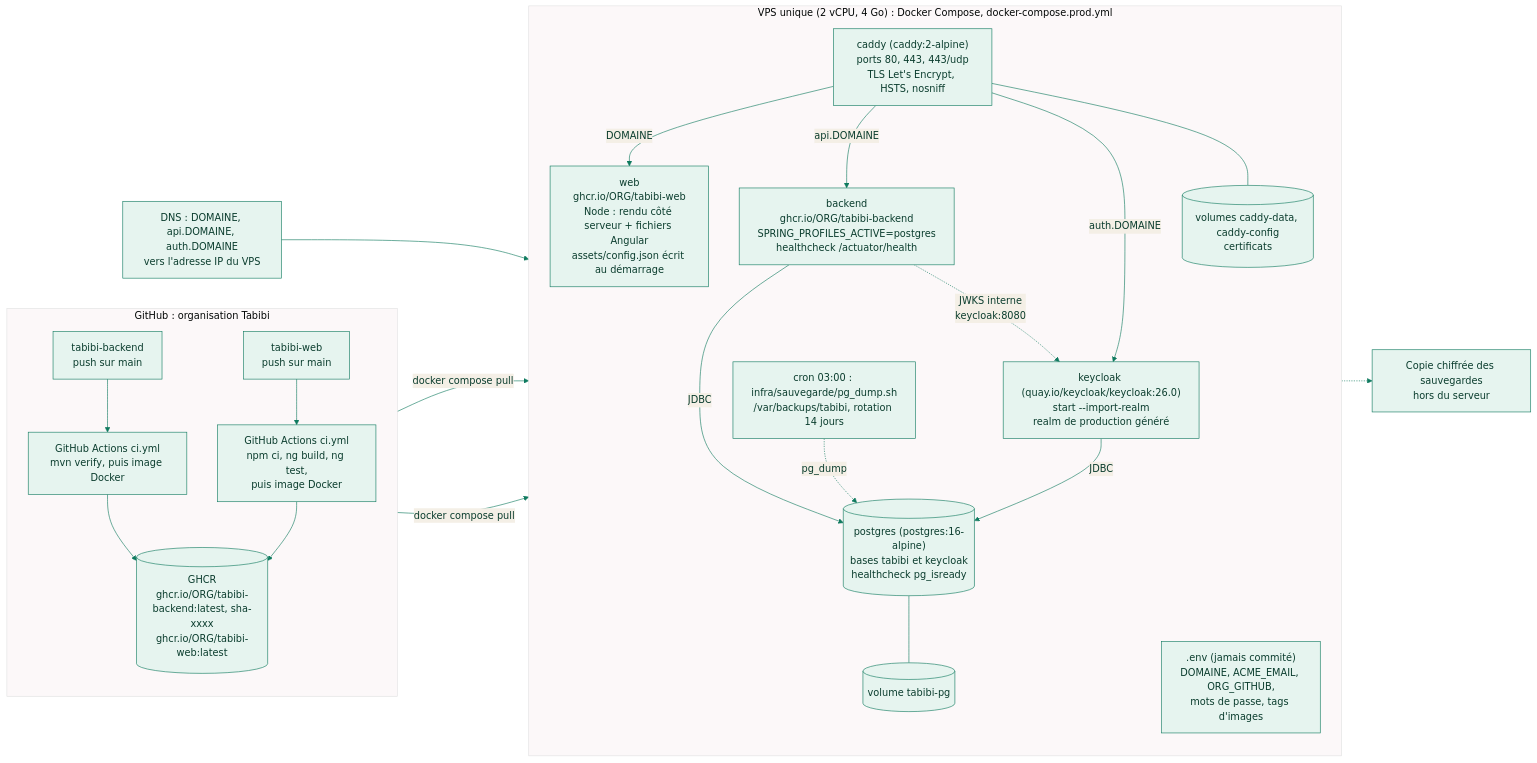
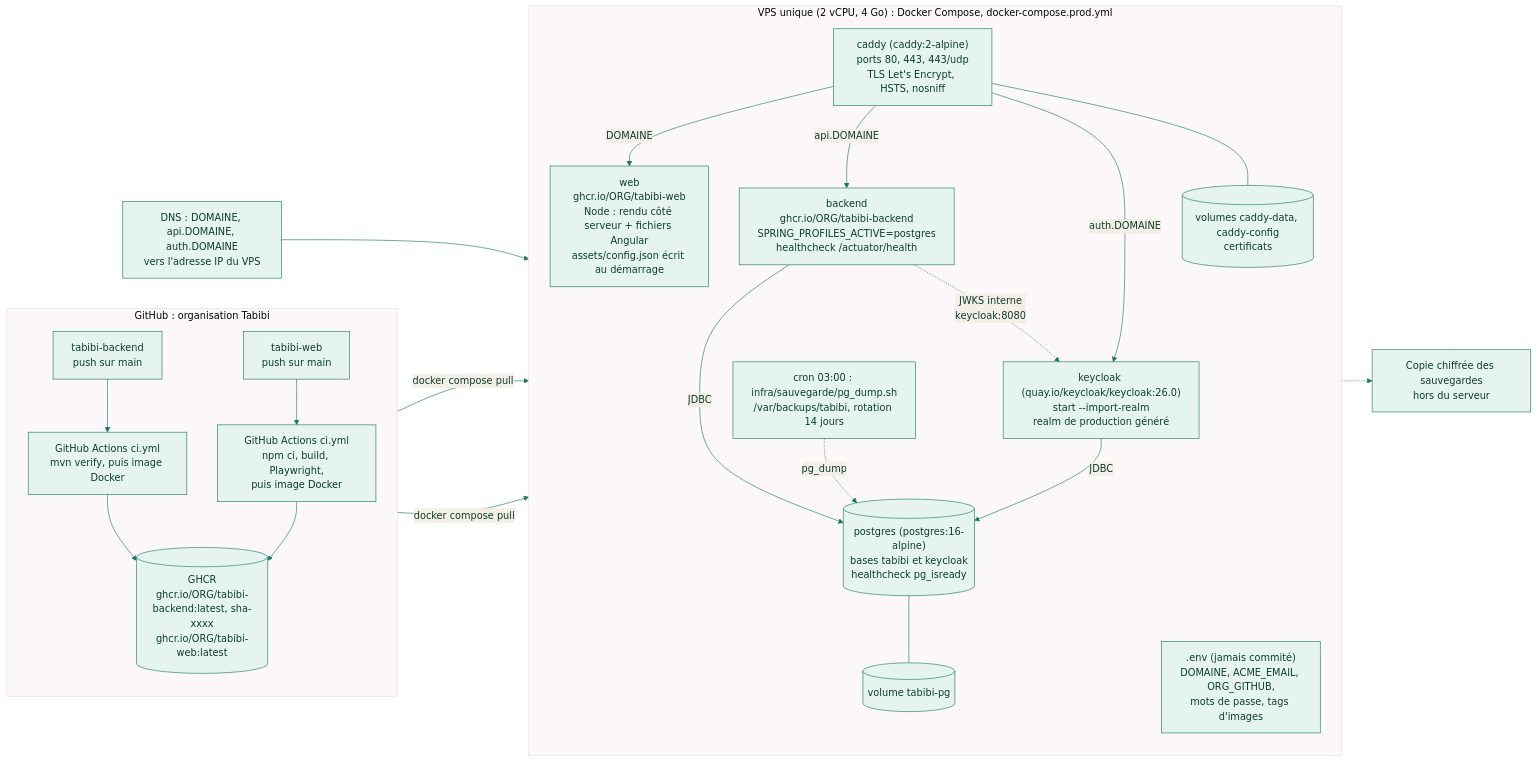
One commit to Ariles2025-ops/tabibi-infra-docs changed the diagram in docs/diagrammes/src/deploiement.mmd. Above: the diagram before and after it, drawn with Mermaid. The commit also changed 14 other files, not shown here.

```diff
--- a/docs/diagrammes/src/deploiement.mmd
+++ b/docs/diagrammes/src/deploiement.mmd
@@ -1,42 +1,42 @@
 %%{init: {'theme':'base','themeVariables':{'primaryColor':'#e6f4ef','primaryBorderColor':'#0f7a5f','primaryTextColor':'#0b3d2e','lineColor':'#0f7a5f','fontFamily':'Helvetica'}}}%%
 flowchart LR
   subgraph github["GitHub : organisation Tabibi"]
     direction TB
     REPO_B["tabibi-backend<br/>push sur main"]
     REPO_W["tabibi-web<br/>push sur main"]
     CI_B["GitHub Actions ci.yml<br/>mvn verify, puis image Docker"]
-    CI_W["GitHub Actions ci.yml<br/>npm ci, ng build, ng test,<br/>puis image Docker"]
+    CI_W["GitHub Actions ci.yml<br/>npm ci, build, Playwright,<br/>puis image Docker"]
     GHCR[("GHCR<br/>ghcr.io/ORG/tabibi-backend:latest, sha-xxxx<br/>ghcr.io/ORG/tabibi-web:latest")]
     REPO_B --> CI_B --> GHCR
     REPO_W --> CI_W --> GHCR
   end
 
   subgraph vps["VPS unique (2 vCPU, 4 Go) : Docker Compose, docker-compose.prod.yml"]
     direction TB
     CADDY["caddy (caddy:2-alpine)<br/>ports 80, 443, 443/udp<br/>TLS Let's Encrypt, HSTS, nosniff"]
     WEB["web<br/>ghcr.io/ORG/tabibi-web<br/>Node : rendu côté serveur + fichiers Angular<br/>assets/config.json écrit au démarrage"]
     BACK["backend<br/>ghcr.io/ORG/tabibi-backend<br/>SPRING_PROFILES_ACTIVE=postgres<br/>healthcheck /actuator/health"]
     KC["keycloak (quay.io/keycloak/keycloak:26.0)<br/>start --import-realm<br/>realm de production généré"]
     PG[("postgres (postgres:16-alpine)<br/>bases tabibi et keycloak<br/>healthcheck pg_isready")]
     VOL_PG[("volume tabibi-pg")]
     VOL_CADDY[("volumes caddy-data, caddy-config<br/>certificats")]
     ENV[".env (jamais commité)<br/>DOMAINE, ACME_EMAIL, ORG_GITHUB,<br/>mots de passe, tags d'images"]
     CRON["cron 03:00 : infra/sauvegarde/pg_dump.sh<br/>/var/backups/tabibi, rotation 14 jours"]
     CADDY -- "DOMAINE" --> WEB
     CADDY -- "api.DOMAINE" --> BACK
     CADDY -- "auth.DOMAINE" --> KC
     BACK -- "JDBC" --> PG
     KC -- "JDBC" --> PG
     BACK -. "JWKS interne<br/>keycloak:8080" .-> KC
     PG --- VOL_PG
     CADDY --- VOL_CADDY
     CRON -. "pg_dump" .-> PG
   end
 
   DNS["DNS : DOMAINE, api.DOMAINE, auth.DOMAINE<br/>vers l'adresse IP du VPS"]
   HORS["Copie chiffrée des sauvegardes<br/>hors du serveur"]
 
   GHCR -- "docker compose pull" --> BACK
   GHCR -- "docker compose pull" --> WEB
   DNS --> CADDY
   CRON -.-> HORS
```
